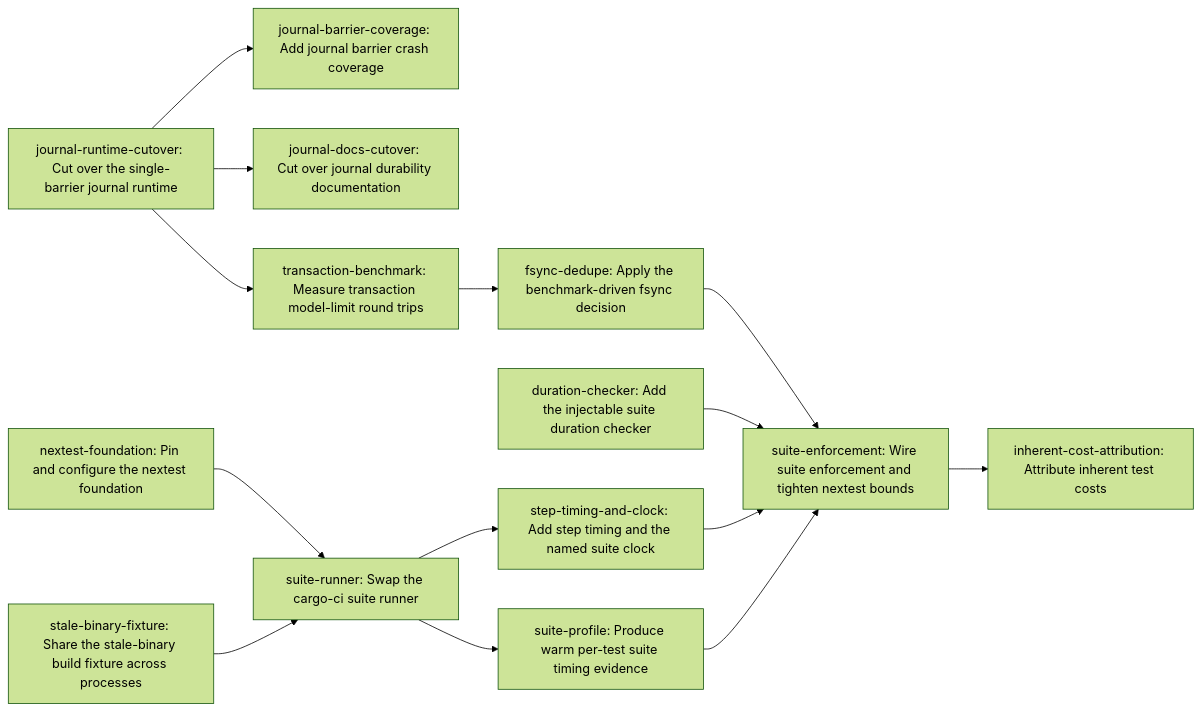
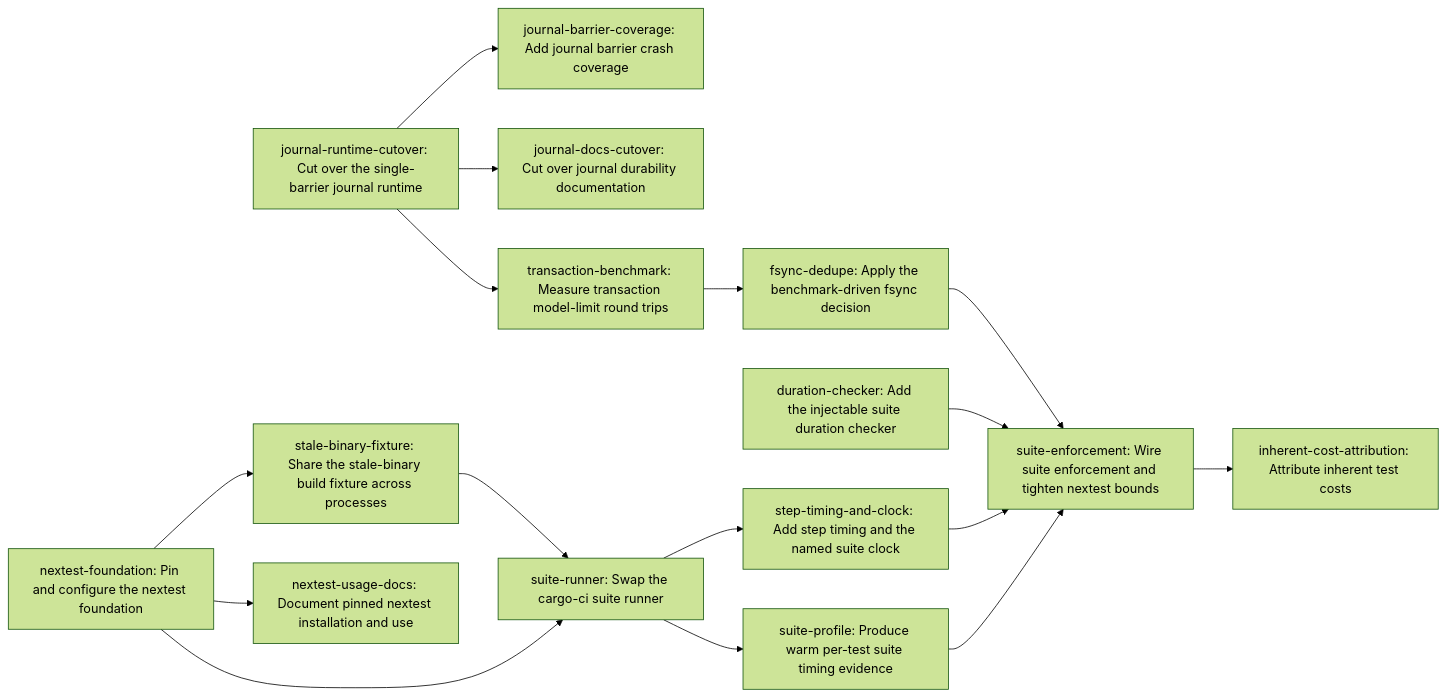
The diagram in dev/active/4b7c06d0-test-suite-performance/plan.md (erankavija/just-in-time), drawn with Mermaid (forest theme) before and after one commit. The commit also changed other lines of this file and 5 other files, not shown here.

Commit message:
docs(jit:eebb3fee): resolve plan-review findings and scope the budgeted suite clock

````diff
--- a/dev/active/4b7c06d0-test-suite-performance/plan.md
+++ b/dev/active/4b7c06d0-test-suite-performance/plan.md
@@ -52,29 +57,32 @@
 ```mermaid
 flowchart LR
     N0["journal-runtime-cutover: Cut over the single-barrier journal runtime"]
     N1["journal-barrier-coverage: Add journal barrier crash coverage"]
     N2["journal-docs-cutover: Cut over journal durability documentation"]
     N3["transaction-benchmark: Measure transaction model-limit round trips"]
     N4["fsync-dedupe: Apply the benchmark-driven fsync decision"]
     N5["stale-binary-fixture: Share the stale-binary build fixture across processes"]
     N6["duration-checker: Add the injectable suite duration checker"]
     N7["nextest-foundation: Pin and configure the nextest foundation"]
-    N8["suite-runner: Swap the cargo-ci suite runner"]
-    N9["step-timing-and-clock: Add step timing and the named suite clock"]
-    N10["suite-enforcement: Wire suite enforcement and tighten nextest bounds"]
-    N11["suite-profile: Produce warm per-test suite timing evidence"]
-    N12["inherent-cost-attribution: Attribute inherent test costs"]
+    N8["nextest-usage-docs: Document pinned nextest installation and use"]
+    N9["suite-runner: Swap the cargo-ci suite runner"]
+    N10["step-timing-and-clock: Add step timing and the named suite clock"]
+    N11["suite-enforcement: Wire suite enforcement and tighten nextest bounds"]
+    N12["suite-profile: Produce warm per-test suite timing evidence"]
+    N13["inherent-cost-attribution: Attribute inherent test costs"]
     N0 --> N1
     N0 --> N2
     N0 --> N3
     N3 --> N4
+    N7 --> N5
     N7 --> N8
-    N5 --> N8
-    N8 --> N9
+    N7 --> N9
+    N5 --> N9
     N9 --> N10
-    N6 --> N10
-    N4 --> N10
-    N11 --> N10
-    N8 --> N11
-    N10 --> N12
+    N10 --> N11
+    N6 --> N11
+    N4 --> N11
+    N12 --> N11
+    N9 --> N12
+    N11 --> N13
 ```
````
